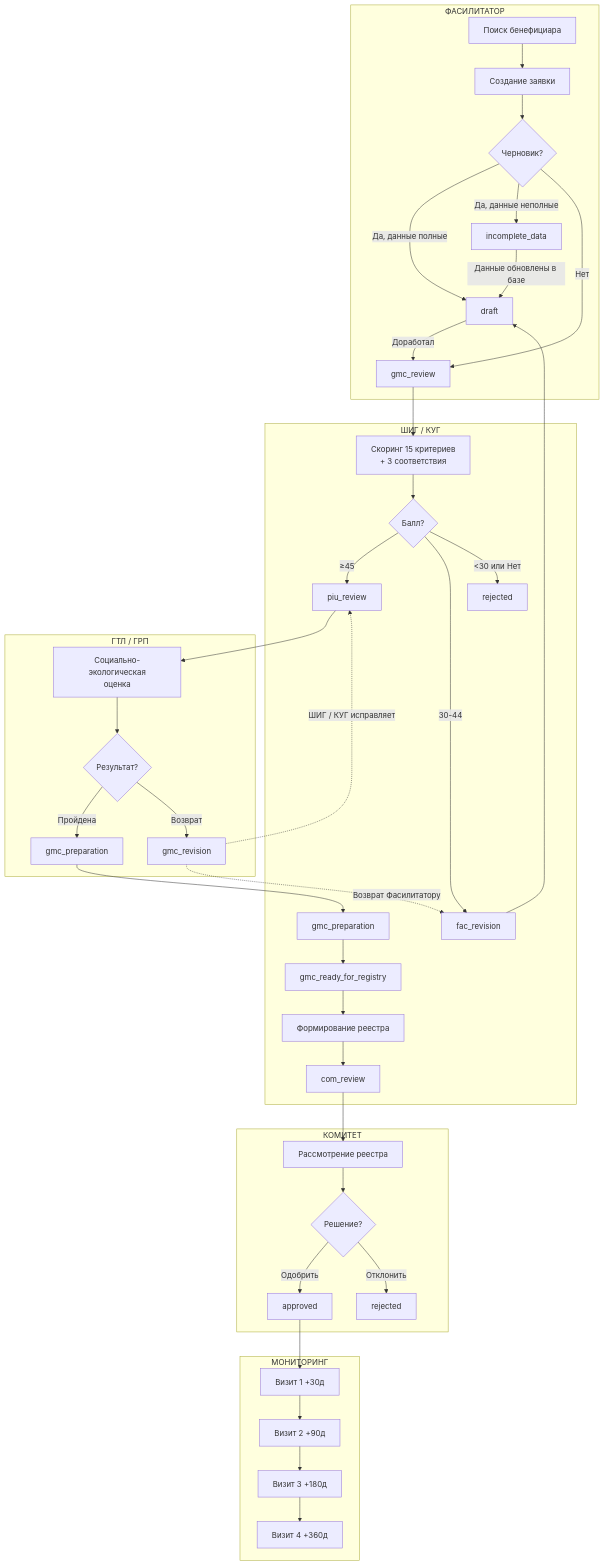
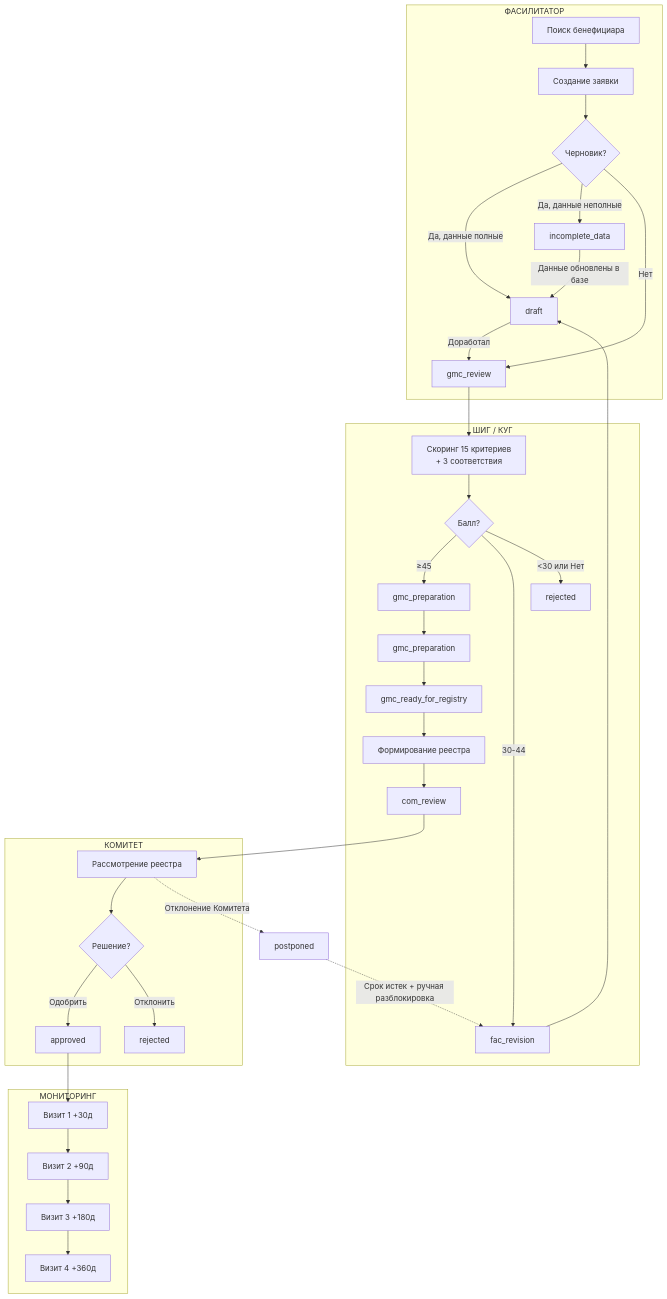
Before and after one commit to firka-kh/eip-test: diagram 15 of 15 in docs/BUSINESS-PROCESSES.md, drawn with Mermaid. The commit also changed other lines of this file and 51 other files, not shown here.

````diff
--- a/docs/BUSINESS-PROCESSES.md
+++ b/docs/BUSINESS-PROCESSES.md
@@ -585,49 +557,42 @@
 ```mermaid
 flowchart TB
     subgraph "ФАСИЛИТАТОР"
         A1[Поиск бенефициара] --> A2[Создание заявки]
         A2 --> A3{Черновик?}
         A3 -->|Да, данные полные| A4[draft]
         A3 -->|Да, данные неполные| A4b[incomplete_data]
         A3 -->|Нет| A5[gmc_review]
         A4 -->|Доработал| A5
         A4b -->|Данные обновлены в базе| A4
     end
 
     subgraph "ШИГ / КУГ"
         B1[Скоринг 15 критериев<br/>+ 3 соответствия] --> B2{Балл?}
-        B2 -->|≥45| B3[piu_review]
+        B2 -->|≥45| B3[gmc_preparation]
         B2 -->|30-44| B4[fac_revision]
         B2 -->|<30 или Нет| B5[rejected]
         B6[gmc_preparation] --> B7[gmc_ready_for_registry]
         B7 --> B8[Формирование реестра]
         B8 --> B9[com_review]
-    end
-
-    subgraph "ГТЛ / ГРП"
-        C1[Социально-экологическая<br/>оценка] --> C2{Результат?}
-        C2 -->|Пройдена| C3[gmc_preparation]
-        C2 -->|Возврат| C4[gmc_revision]
     end
 
     subgraph "КОМИТЕТ"
         D1[Рассмотрение реестра] --> D2{Решение?}
         D2 -->|Одобрить| D3[approved]
         D2 -->|Отклонить| D4[rejected]
     end
 
     subgraph "МОНИТОРИНГ"
         E1[Визит 1 +30д] --> E2[Визит 2 +90д]
         E2 --> E3[Визит 3 +180д]
         E3 --> E4[Визит 4 +360д]
     end
 
     A5 --> B1
-    B3 --> C1
+    B3 --> B6
     B4 --> A4
-    C3 --> B6
-    C4 -.->|ШИГ / КУГ исправляет| B3
-    C4 -.->|Возврат Фасилитатору| B4
+    D1 -.->|Отклонение Комитета| F1[postponed]
+    F1 -.->|Срок истек + ручная разблокировка| B4
     B9 --> D1
     D3 --> E1
 ```
````
